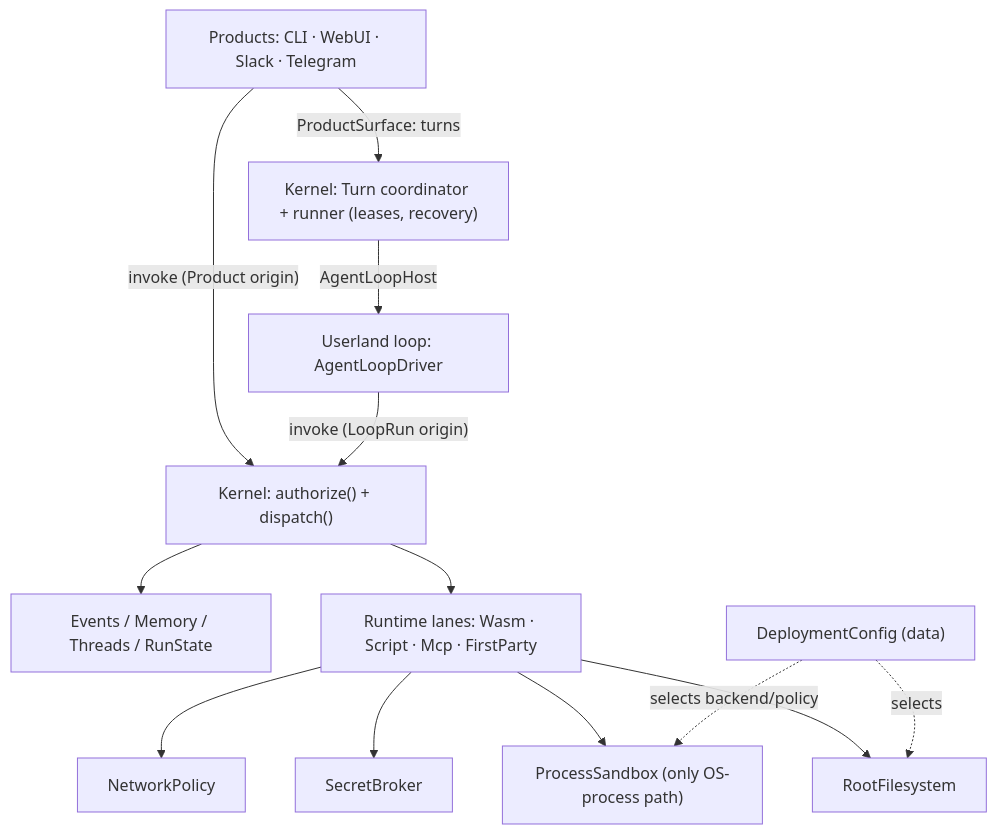
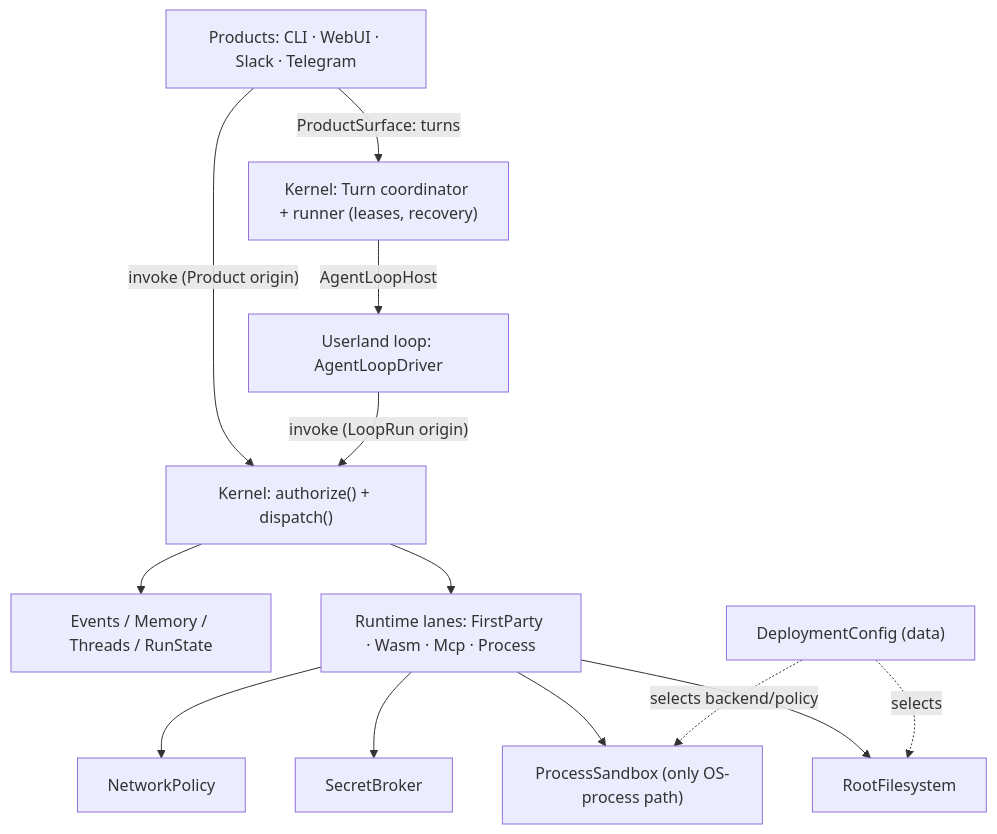
One commit to nearai/ironclaw changed the diagram in docs/reborn/2026-07-17-architecture-simplification-dto-dyn-local.md. Above: the diagram before and after it, drawn with Mermaid. The commit also changed other lines of this file, not shown here.

````diff
--- a/docs/reborn/2026-07-17-architecture-simplification-dto-dyn-local.md
+++ b/docs/reborn/2026-07-17-architecture-simplification-dto-dyn-local.md
@@ -866,27 +1043,27 @@
 ```mermaid
 flowchart TD
     P["Products: CLI · WebUI · Slack · Telegram"]
     TC["Kernel: Turn coordinator + runner (leases, recovery)"]
     CAP["Kernel: authorize() + dispatch()"]
     L["Userland loop: AgentLoopDriver"]
     FS["RootFilesystem"]
     PS["ProcessSandbox (only OS-process path)"]
     SB["SecretBroker"]
     NP["NetworkPolicy"]
     EV["Events / Memory / Threads / RunState"]
-    RL["Runtime lanes: Wasm · Script · Mcp · FirstParty"]
+    RL["Runtime lanes: FirstParty · Wasm · Mcp · Process"]
     CFG["DeploymentConfig (data)"]
 
     P -->|ProductSurface: turns| TC
     P -->|"invoke (Product origin)"| CAP
     TC -->|AgentLoopHost| L
     L -->|"invoke (LoopRun origin)"| CAP
     CAP --> RL
     RL --> FS
     RL --> PS
     RL --> SB
     RL --> NP
     CAP --> EV
     CFG -. selects backend/policy .-> PS
     CFG -. selects .-> FS
 ```
````
